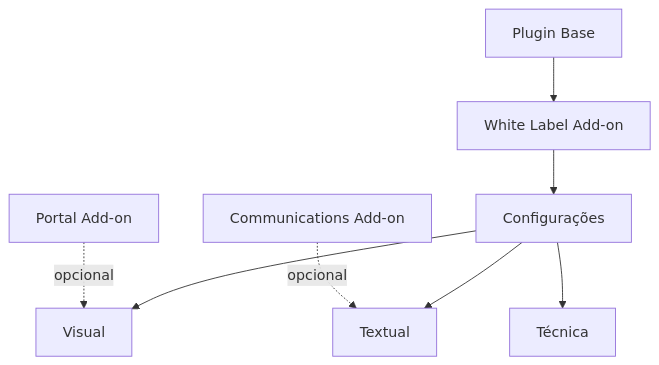
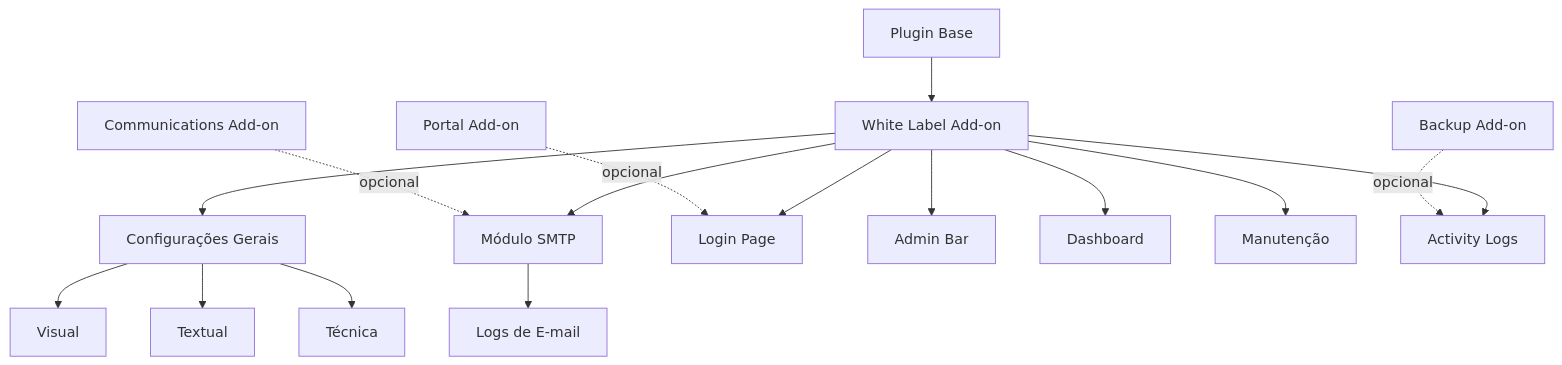
One commit to richardprobst/DPS changed the diagram in docs/analysis/WHITE_LABEL_ANALYSIS.md. Above: the diagram before and after it, drawn with Mermaid. The commit also changed other lines of this file, not shown here.

Commit message:
Expandir análise White Label com SMTP, Login Page, Admin Bar e mais funcionalidades

````diff
--- a/docs/analysis/WHITE_LABEL_ANALYSIS.md
+++ b/docs/analysis/WHITE_LABEL_ANALYSIS.md
@@ -485,10 +1198,21 @@
 ```mermaid
 graph TD
     A[Plugin Base] --> B[White Label Add-on]
-    B --> C[Configurações]
+    B --> C[Configurações Gerais]
     C --> D[Visual]
     C --> E[Textual]
     C --> F[Técnica]
-    G[Communications Add-on] -.->|opcional| E
-    H[Portal Add-on] -.->|opcional| D
+    
+    B --> G[Módulo SMTP]
+    G --> H[Logs de E-mail]
+    
+    B --> I[Login Page]
+    B --> J[Admin Bar]
+    B --> K[Dashboard]
+    B --> L[Manutenção]
+    B --> M[Activity Logs]
+    
+    N[Communications Add-on] -.->|opcional| G
+    O[Portal Add-on] -.->|opcional| I
+    P[Backup Add-on] -.->|opcional| M
 ```
````
